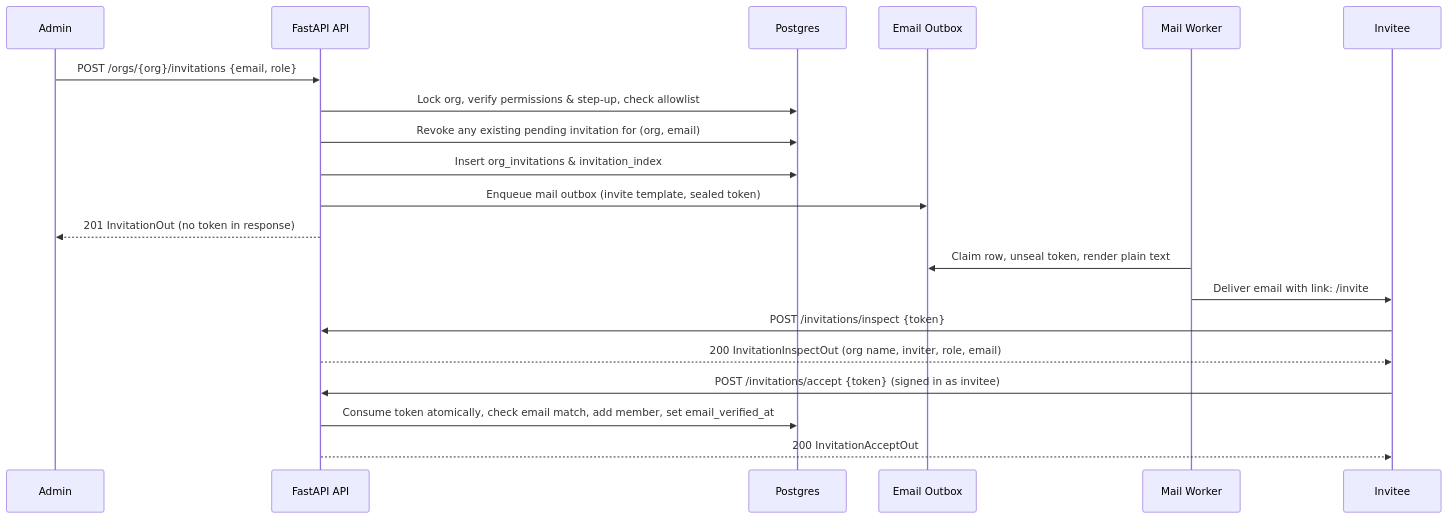
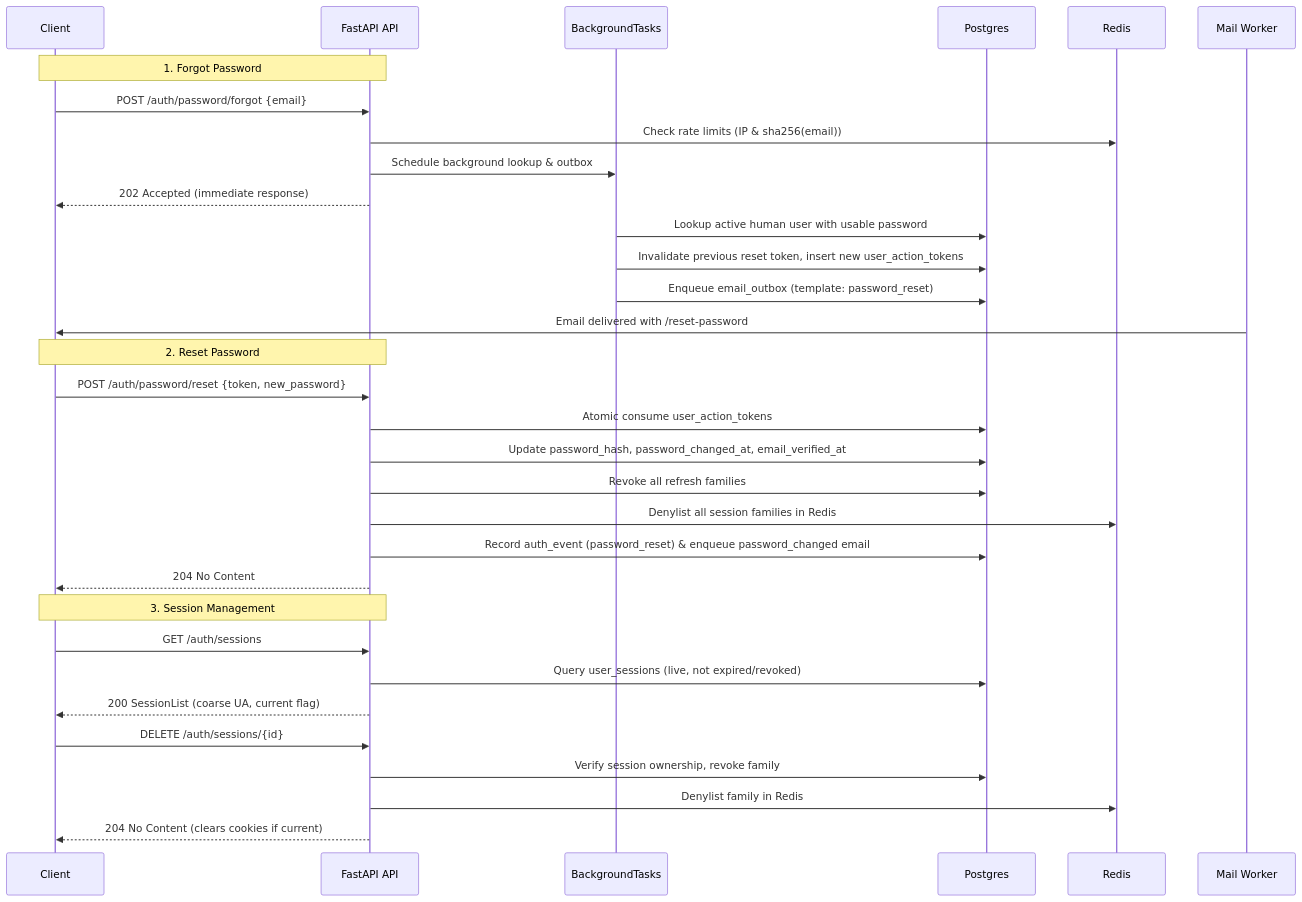
One commit to TuanSOC/cyber changed the diagram in SPEC.md. Above: the diagram before and after it, drawn with Mermaid. The commit also changed other lines of this file and 14 other files, not shown here.

Commit message:
feat(identity): account recovery, session management and security events (M11 phase 4)

````diff
--- a/SPEC.md
+++ b/SPEC.md
@@ -17,26 +17,38 @@
 ```mermaid
 sequenceDiagram
-    participant A as Admin
+    participant C as Client
     participant API as FastAPI API
+    participant BG as BackgroundTasks
     participant DB as Postgres
-    participant OB as Email Outbox
+    participant R as Redis
     participant MW as Mail Worker
-    participant U as Invitee
 
-    A->>API: POST /orgs/{org}/invitations {email, role}
-    API->>DB: Lock org, verify permissions & step-up, check allowlist
-    API->>DB: Revoke any existing pending invitation for (org, email)
-    API->>DB: Insert org_invitations & invitation_index
-    API->>OB: Enqueue mail outbox (invite template, sealed token)
-    API-->>A: 201 InvitationOut (no token in response)
-    
-    MW->>OB: Claim row, unseal token, render plain text
-    MW->>U: Deliver email with link: /invite#t=<token>
-    
-    U->>API: POST /invitations/inspect {token}
-    API-->>U: 200 InvitationInspectOut (org name, inviter, role, email)
-    
-    U->>API: POST /invitations/accept {token} (signed in as invitee)
-    API->>DB: Consume token atomically, check email match, add member, set email_verified_at
-    API-->>U: 200 InvitationAcceptOut
+    Note over C,API: 1. Forgot Password
+    C->>API: POST /auth/password/forgot {email}
+    API->>R: Check rate limits (IP & sha256(email))
+    API->>BG: Schedule background lookup & outbox
+    API-->>C: 202 Accepted (immediate response)
+    BG->>DB: Lookup active human user with usable password
+    BG->>DB: Invalidate previous reset token, insert new user_action_tokens
+    BG->>DB: Enqueue email_outbox (template: password_reset)
+    MW->>C: Email delivered with /reset-password#t=<token>
+
+    Note over C,API: 2. Reset Password
+    C->>API: POST /auth/password/reset {token, new_password}
+    API->>DB: Atomic consume user_action_tokens
+    API->>DB: Update password_hash, password_changed_at, email_verified_at
+    API->>DB: Revoke all refresh families
+    API->>R: Denylist all session families in Redis
+    API->>DB: Record auth_event (password_reset) & enqueue password_changed email
+    API-->>C: 204 No Content
+
+    Note over C,API: 3. Session Management
+    C->>API: GET /auth/sessions
+    API->>DB: Query user_sessions (live, not expired/revoked)
+    API-->>C: 200 SessionList (coarse UA, current flag)
+
+    C->>API: DELETE /auth/sessions/{id}
+    API->>DB: Verify session ownership, revoke family
+    API->>R: Denylist family in Redis
+    API-->>C: 204 No Content (clears cookies if current)
 ```
````
